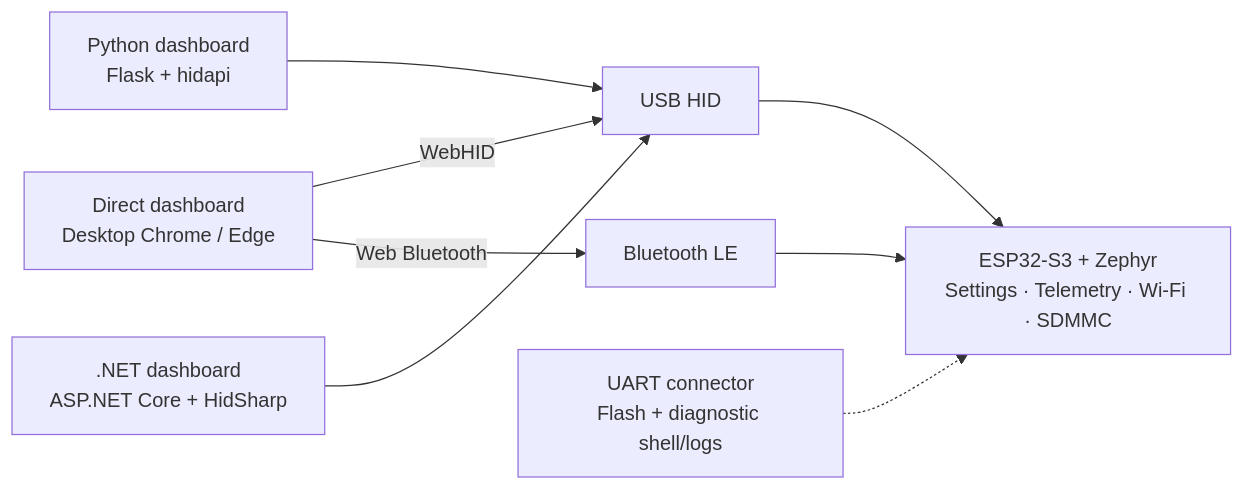
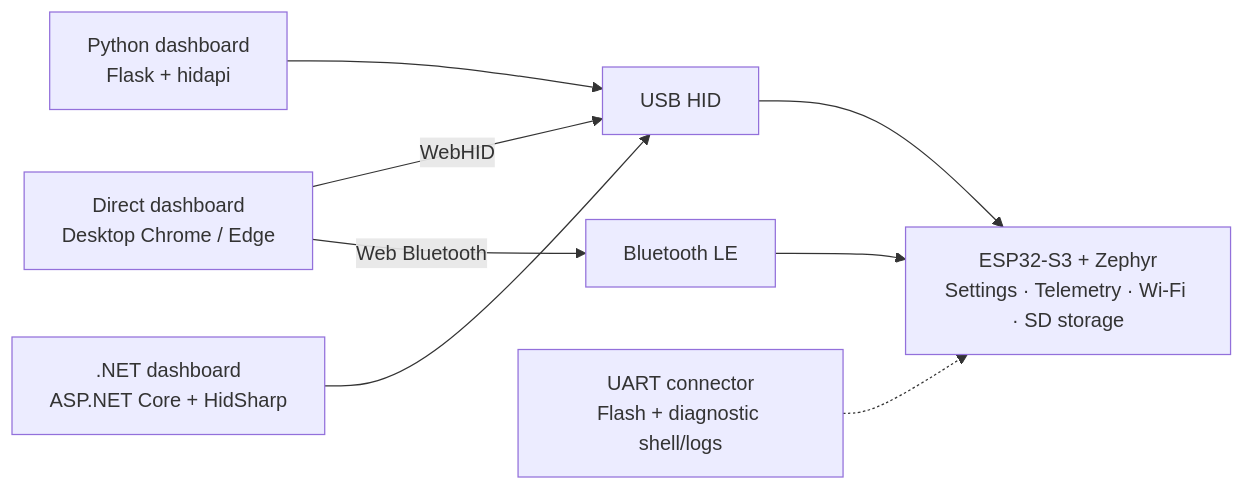
Before and after one commit to djwinter29-oss/ESPForge: the diagram in README.md, drawn with Mermaid. The commit also changed other lines of this file and 3 other files, not shown here.

````diff
--- a/README.md
+++ b/README.md
@@ -41,10 +47,10 @@
 ```mermaid
 flowchart LR
     Direct["Direct dashboard<br/>Desktop Chrome / Edge"] -->|WebHID| USB["USB HID"]
     Direct -->|Web Bluetooth| BLE["Bluetooth LE"]
     Python["Python dashboard<br/>Flask + hidapi"] --> USB
     Dotnet[".NET dashboard<br/>ASP.NET Core + HidSharp"] --> USB
-    USB --> Board["ESP32-S3 + Zephyr<br/>Settings · Telemetry · Wi-Fi · SDMMC"]
+    USB --> Board["ESP32-S3 + Zephyr<br/>Settings · Telemetry · Wi-Fi · SD storage"]
     BLE --> Board
     UART["UART connector<br/>Flash + diagnostic shell/logs"] -.-> Board
 ```
````
